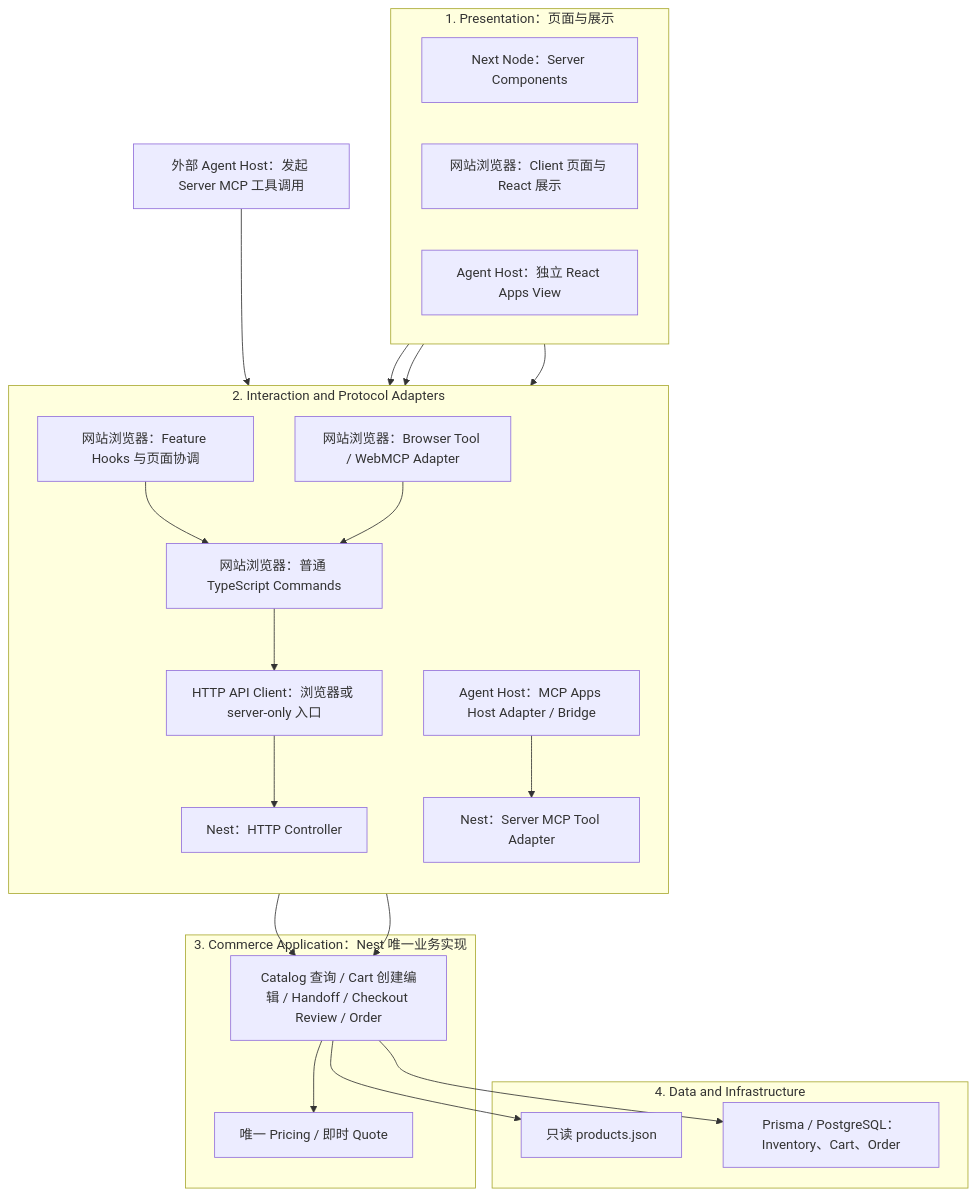
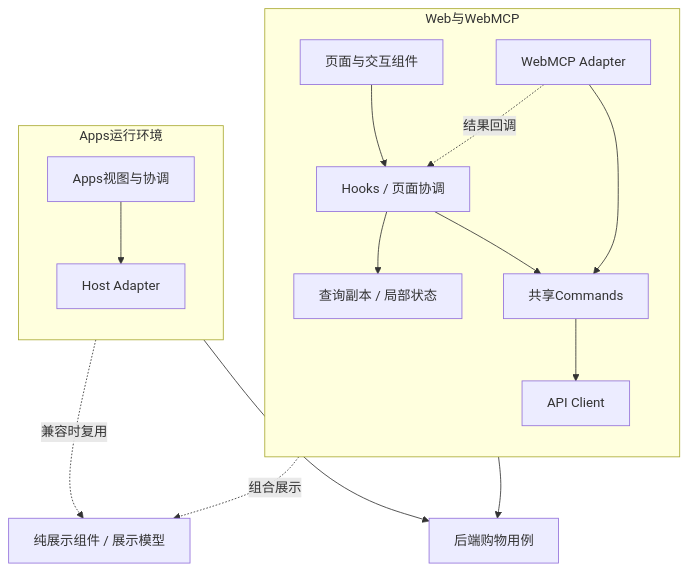
Before and after one commit to linshuohao/agent-ready-store: the fourth of 5 diagrams in docs/engineering/TECHNICAL_DESIGN.md, drawn with Mermaid. The commit also changed other lines of this file and 12 other files, not shown here.

Commit message:
docs: consolidate order lifecycle design and architecture

````diff
--- a/docs/engineering/TECHNICAL_DESIGN.md
+++ b/docs/engineering/TECHNICAL_DESIGN.md
@@ -601,42 +121,20 @@
 ```mermaid
 flowchart TB
-    External[外部 Agent Host：发起 Server MCP 工具调用]
-    subgraph Presentation[1. Presentation：页面与展示]
-        direction LR
-        RSC[Next Node：Server Components]
-        Web[网站浏览器：Client 页面与 React 展示]
-        Apps[Agent Host：独立 React Apps View]
+    subgraph WebEnv[Web与WebMCP]
+        direction TB
+        Page[页面与交互组件] --> Hook[Hooks / 页面协调]
+        WM[WebMCP Adapter] --> Cmd[共享Commands]
+        Hook --> Cmd
+        WM -. 结果回调 .-> Hook
+        Hook --> Q[查询副本 / 局部状态]
+        Cmd --> API[API Client]
     end
-    subgraph Adapters[2. Interaction and Protocol Adapters]
+    subgraph AppsEnv[Apps运行环境]
         direction TB
-        Hooks[网站浏览器：Feature Hooks 与页面协调]
-        WM[网站浏览器：Browser Tool / WebMCP Adapter]
-        Commands[网站浏览器：普通 TypeScript Commands]
-        Client[HTTP API Client：浏览器或 server-only 入口]
-        Bridge[Agent Host：MCP Apps Host Adapter / Bridge]
-        HTTP[Nest：HTTP Controller]
-        MCP[Nest：Server MCP Tool Adapter]
-        Hooks --> Commands
-        WM --> Commands
-        Commands --> Client
-        Client --> HTTP
-        Bridge --> MCP
+        Apps[Apps视图与协调] --> Host[Host Adapter]
     end
-    subgraph Commerce[3. Commerce Application：Nest 唯一业务实现]
-        UseCases[Catalog 查询 / Cart 创建编辑 / Handoff / Checkout Review / Order]
-        Pricing[唯一 Pricing / 即时 Quote]
-        UseCases --> Pricing
-    end
-    subgraph Data[4. Data and Infrastructure]
-        JSON[只读 products.json]
-        DB[Prisma / PostgreSQL：Inventory、Cart、Order]
-    end
-    RSC --> Client
-    Web --> Hooks
-    Apps --> Bridge
-    External --> MCP
-    HTTP --> UseCases
-    MCP --> UseCases
-    UseCases --> JSON
-    UseCases --> DB
+    Page -. 组合展示 .-> Pure[纯展示组件 / 展示模型]
+    Apps -. 兼容时复用 .-> Pure
+    API --> Backend[后端购物用例]
+    Host --> Backend
 ```
````
